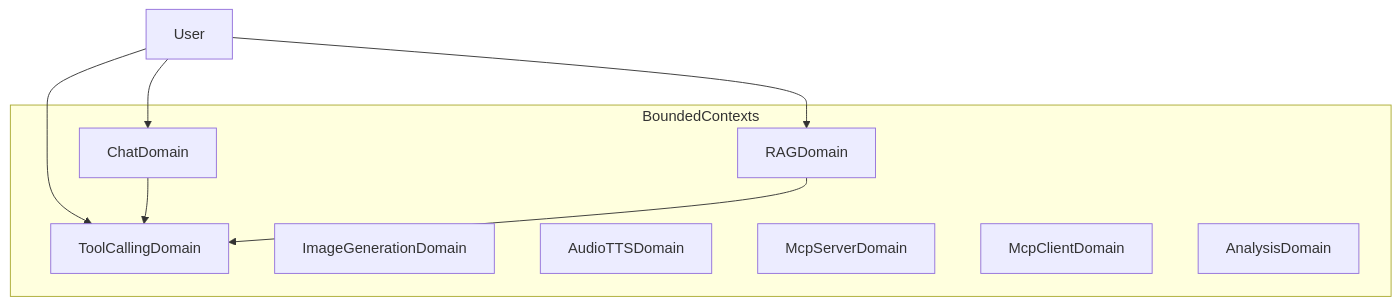
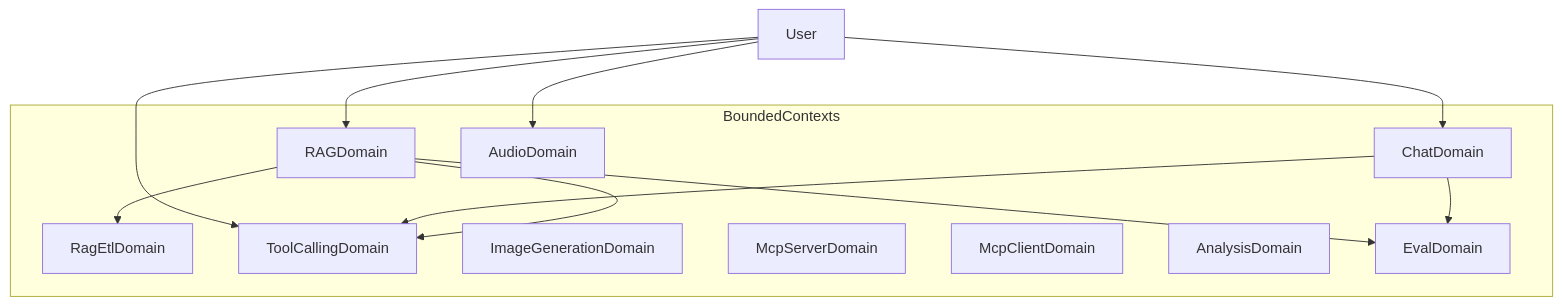
One commit to felixzhu97/explore-ai changed the diagram in docs/Domain-Glossary.md. Above: the diagram before and after it, drawn with Mermaid. The commit also changed other lines of this file, not shown here.

First line of the commit message:
docs: expand domain glossary with AI engineering terms

````diff
--- a/docs/Domain-Glossary.md
+++ b/docs/Domain-Glossary.md
@@ -43,18 +45,24 @@
 ```mermaid
 flowchart TB
   subgraph contexts [BoundedContexts]
     Chat[ChatDomain]
     RAG[RAGDomain]
+    RagEtl[RagEtlDomain]
     Tools[ToolCallingDomain]
     Image[ImageGenerationDomain]
-    Audio[AudioTTSDomain]
+    Audio[AudioDomain]
     McpServer[McpServerDomain]
     McpClient[McpClientDomain]
     Analysis[AnalysisDomain]
+    Eval[EvalDomain]
   end
   User[User] --> Chat
   User --> RAG
   User --> Tools
+  User --> Audio
   Chat --> Tools
+  RAG --> RagEtl
   RAG --> Tools
+  RAG --> Eval
+  Chat --> Eval
 ```
````
